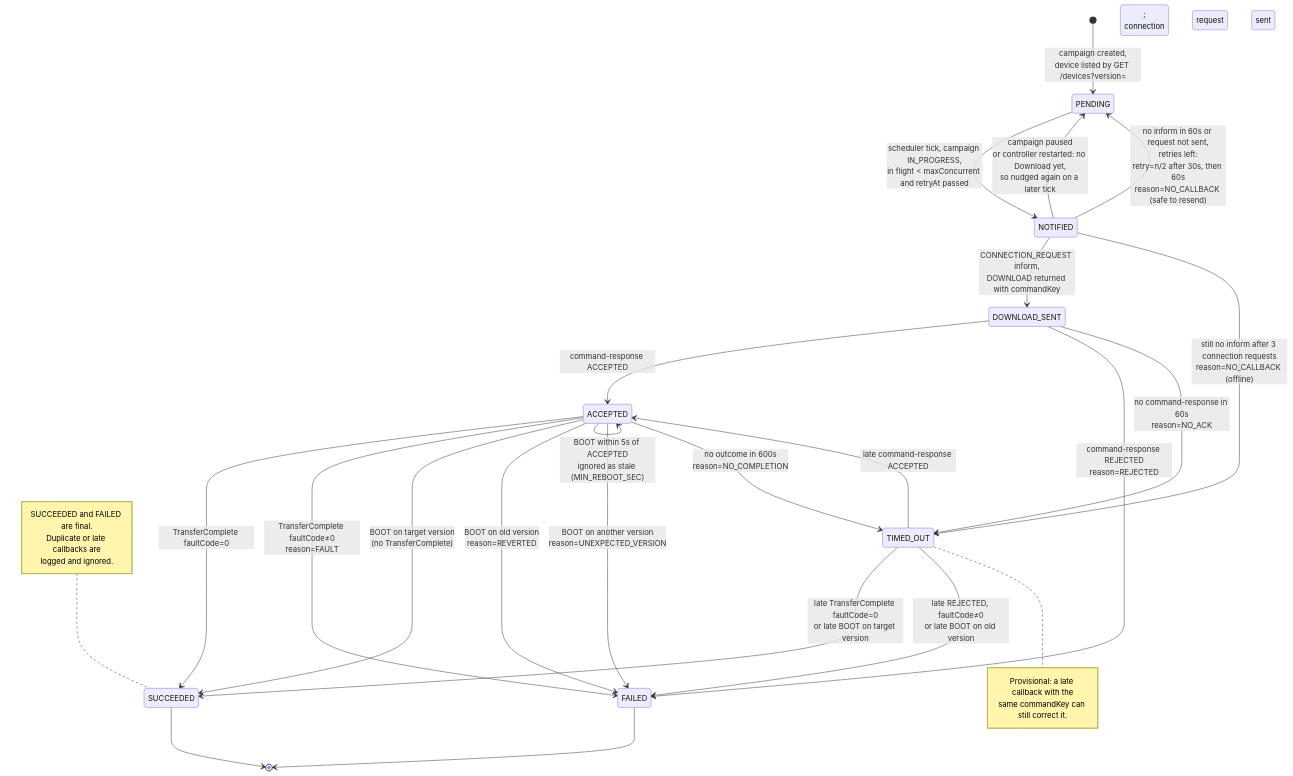
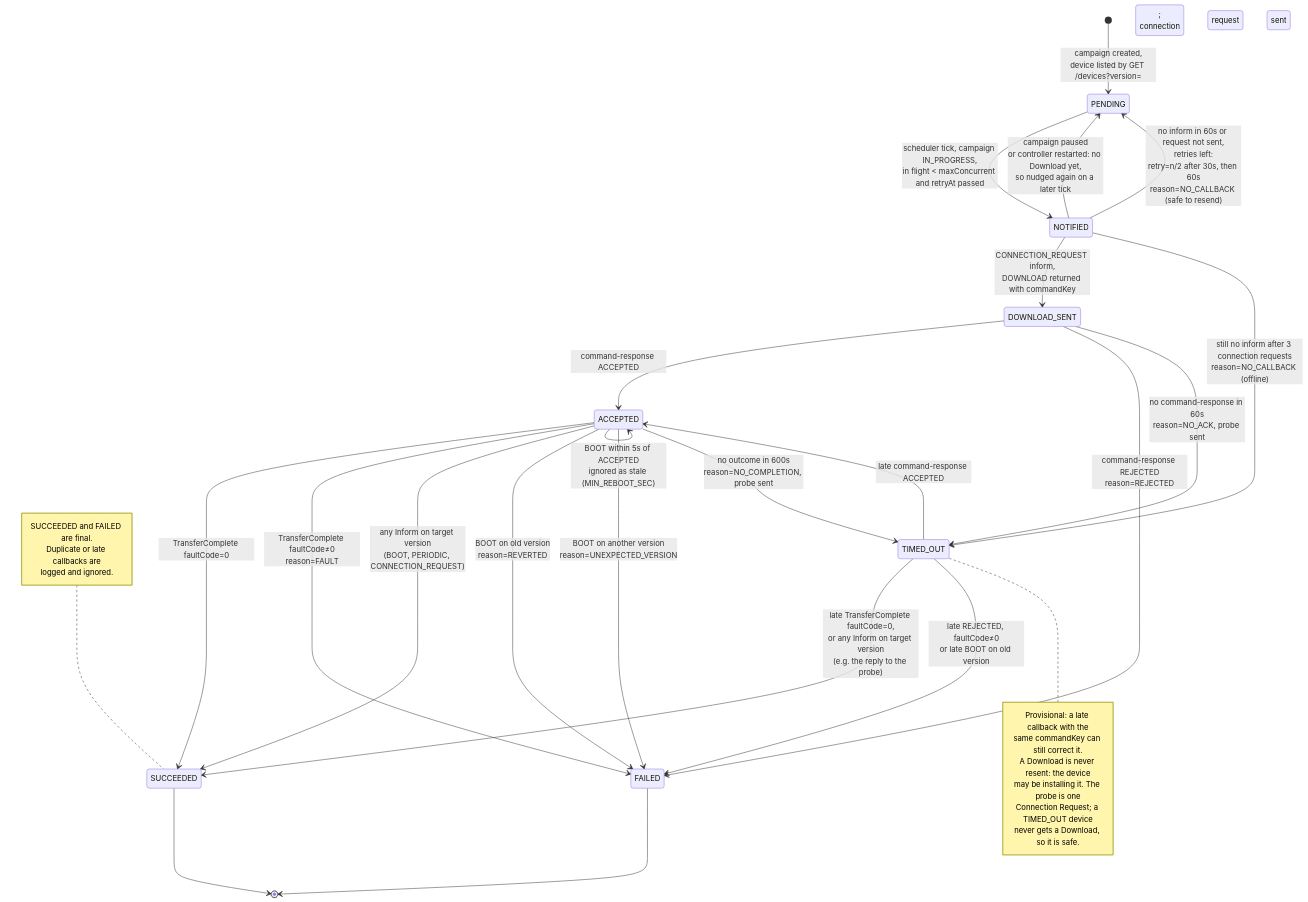
The diagram in docs/device_status.mmd (KallelOmar/att_controller), drawn with Mermaid before and after one commit. The commit also changed 4 other files, not shown here.

Commit message:
Retry: NO_ACK & NO_COMPLETION cases

```diff
--- a/docs/device_status.mmd
+++ b/docs/device_status.mmd
@@ -1,41 +1,45 @@
 stateDiagram-v2
     direction TB
 
     [*] --> PENDING : campaign created,<br/>device listed by GET /devices?version=
 
     PENDING --> NOTIFIED : scheduler tick, campaign IN_PROGRESS,<br/>in flight < maxConcurrent and retryAt passed;<br/>connection request sent
     NOTIFIED --> PENDING : campaign paused<br/>or controller restarted: no Download yet,<br/>so nudged again on a later tick
 
     NOTIFIED --> DOWNLOAD_SENT : CONNECTION_REQUEST inform,<br/>DOWNLOAD returned with commandKey
     NOTIFIED --> PENDING : no inform in 60s or request not sent,<br/>retries left:<br/>retry=n/2 after 30s, then 60s<br/>reason=NO_CALLBACK (safe to resend)
     NOTIFIED --> TIMED_OUT : still no inform after 3 connection requests<br/>reason=NO_CALLBACK (offline)
 
     DOWNLOAD_SENT --> ACCEPTED : command-response ACCEPTED
     DOWNLOAD_SENT --> FAILED : command-response REJECTED<br/>reason=REJECTED
-    DOWNLOAD_SENT --> TIMED_OUT : no command-response in 60s<br/>reason=NO_ACK
+    DOWNLOAD_SENT --> TIMED_OUT : no command-response in 60s<br/>reason=NO_ACK, probe sent
 
     ACCEPTED --> SUCCEEDED : TransferComplete faultCode=0
     ACCEPTED --> FAILED : TransferComplete faultCode≠0<br/>reason=FAULT
-    ACCEPTED --> SUCCEEDED : BOOT on target version<br/>(no TransferComplete)
+    ACCEPTED --> SUCCEEDED : any Inform on target version<br/>(BOOT, PERIODIC, CONNECTION_REQUEST)
     ACCEPTED --> FAILED : BOOT on old version<br/>reason=REVERTED
     ACCEPTED --> FAILED : BOOT on another version<br/>reason=UNEXPECTED_VERSION
     ACCEPTED --> ACCEPTED : BOOT within 5s of ACCEPTED<br/>ignored as stale (MIN_REBOOT_SEC)
-    ACCEPTED --> TIMED_OUT : no outcome in 600s<br/>reason=NO_COMPLETION
+    ACCEPTED --> TIMED_OUT : no outcome in 600s<br/>reason=NO_COMPLETION, probe sent
 
     TIMED_OUT --> ACCEPTED : late command-response ACCEPTED
-    TIMED_OUT --> SUCCEEDED : late TransferComplete faultCode=0<br/>or late BOOT on target version
+    TIMED_OUT --> SUCCEEDED : late TransferComplete faultCode=0,<br/>or any Inform on target version<br/>(e.g. the reply to the probe)
     TIMED_OUT --> FAILED : late REJECTED, faultCode≠0<br/>or late BOOT on old version
 
     SUCCEEDED --> [*]
     FAILED --> [*]
 
     note right of TIMED_OUT
         Provisional: a late callback with the
         same commandKey can still correct it.
+        A Download is never resent: the device
+        may be installing it. The probe is one
+        Connection Request; a TIMED_OUT device
+        never gets a Download, so it is safe.
     end note
 
     note left of SUCCEEDED
         SUCCEEDED and FAILED are final.
         Duplicate or late callbacks are
         logged and ignored.
     end note
```
